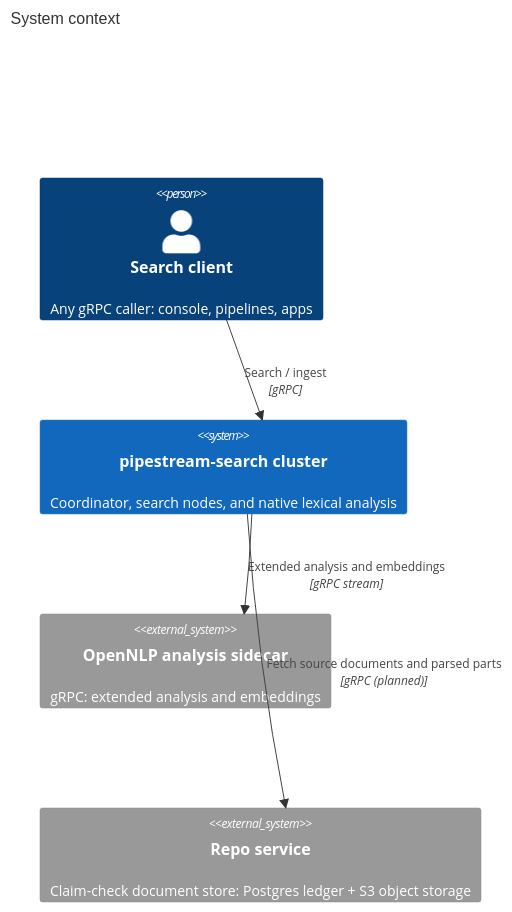
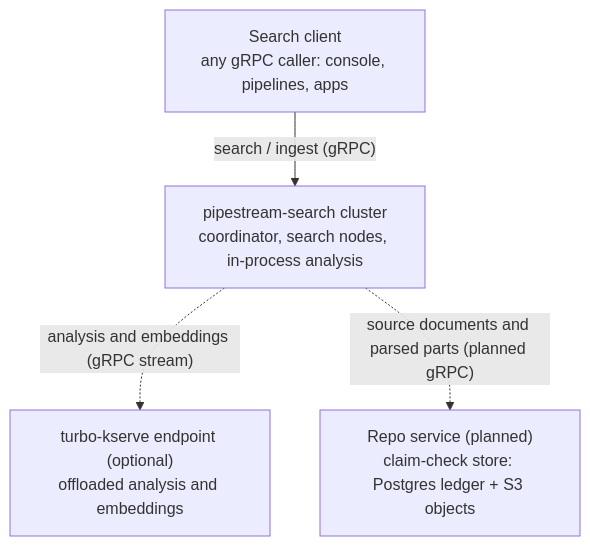
Before and after one commit to ai-pipestream/protomolt-search: the first of 2 diagrams in docs/architecture.md, drawn with Mermaid. The commit also changed other lines of this file and 27 other files, not shown here.

````diff
--- a/docs/architecture.md
+++ b/docs/architecture.md
@@ -28,11 +29,10 @@
 ```mermaid
-C4Context
-    title System context
-    Person(client, "Search client", "Any gRPC caller: console, pipelines, apps")
-    System(cluster, "pipestream-search cluster", "Coordinator, search nodes, and native lexical analysis")
-    System_Ext(nlp, "OpenNLP analysis sidecar", "gRPC: extended analysis and embeddings")
-    System_Ext(repo, "Repo service", "Claim-check document store: Postgres ledger + S3 object storage")
-    Rel(client, cluster, "Search / ingest", "gRPC")
-    Rel(cluster, nlp, "Extended analysis and embeddings", "gRPC stream")
-    Rel(cluster, repo, "Fetch source documents and parsed parts", "gRPC (planned)")
+flowchart TD
+    client["Search client<br/>any gRPC caller: console, pipelines, apps"]
+    cluster["pipestream-search cluster<br/>coordinator, search nodes, in-process analysis"]
+    kserve["turbo-kserve endpoint (optional)<br/>offloaded analysis and embeddings"]
+    repo["Repo service (planned)<br/>claim-check store: Postgres ledger + S3 objects"]
+    client -->|"search / ingest (gRPC)"| cluster
+    cluster -.->|"analysis and embeddings (gRPC stream)"| kserve
+    cluster -.->|"source documents and parsed parts (planned gRPC)"| repo
 ```
````
